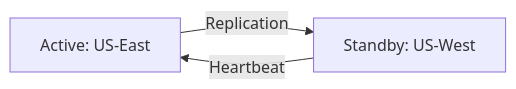
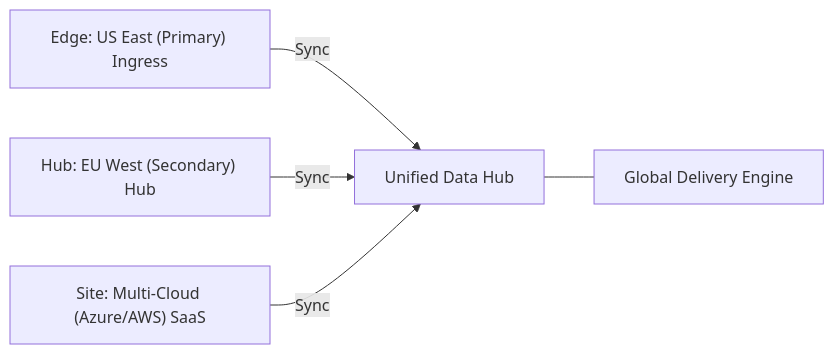
Before and after one commit to Devopstrio/cloud-native-cicd: the third of 11 diagrams in README.md, drawn with Mermaid. The commit also changed other lines of this file, not shown here.

````diff
--- a/README.md
+++ b/README.md
@@ -182,5 +119,7 @@
 ```mermaid
 graph LR
-    Primary[Active: US-East] -->|Replication| Secondary[Standby: US-West]
-    Secondary -->|Heartbeat| Primary
+    RegionA["Edge: US East (Primary) Ingress"] -->|Sync| Hub["Unified Data Hub"]
+    BU["Hub: EU West (Secondary) Hub"] -->|Sync| Hub
+    Cloud["Site: Multi-Cloud (Azure/AWS) SaaS"] -->|Sync| Hub
+    Hub --- Logic["Global Delivery Engine"]
 ```
````
